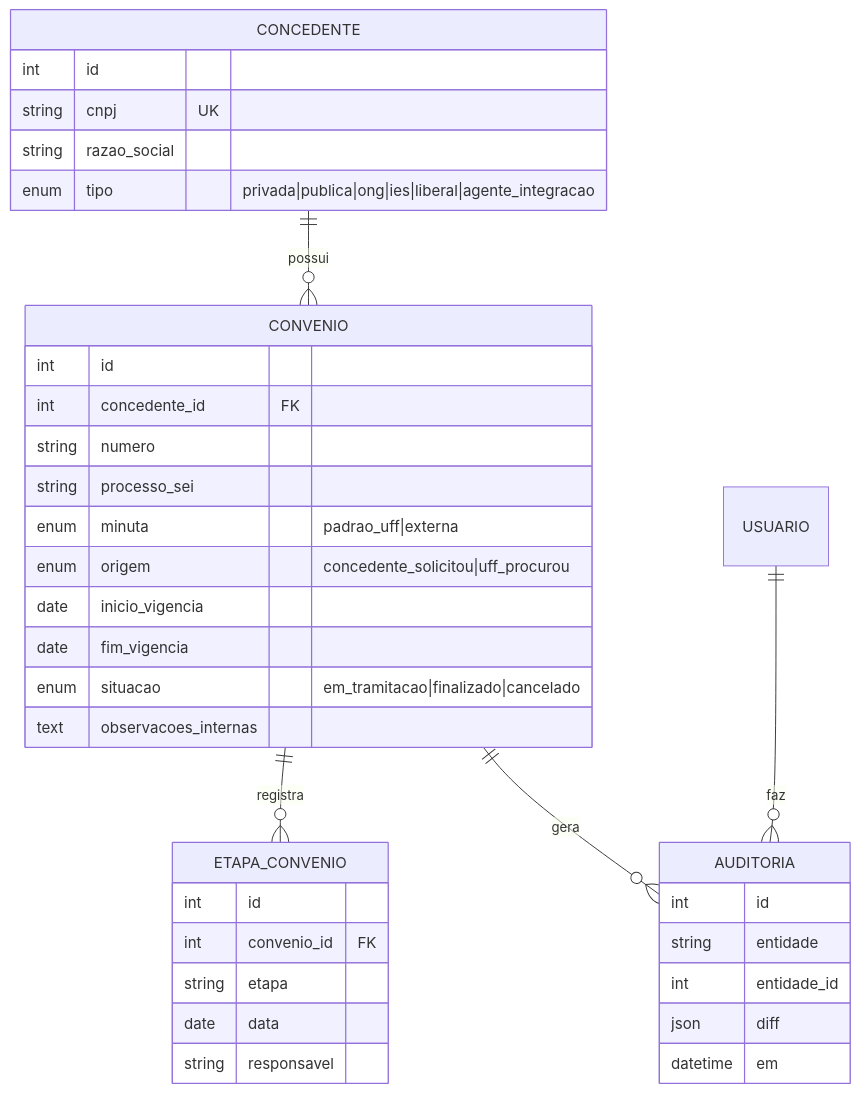
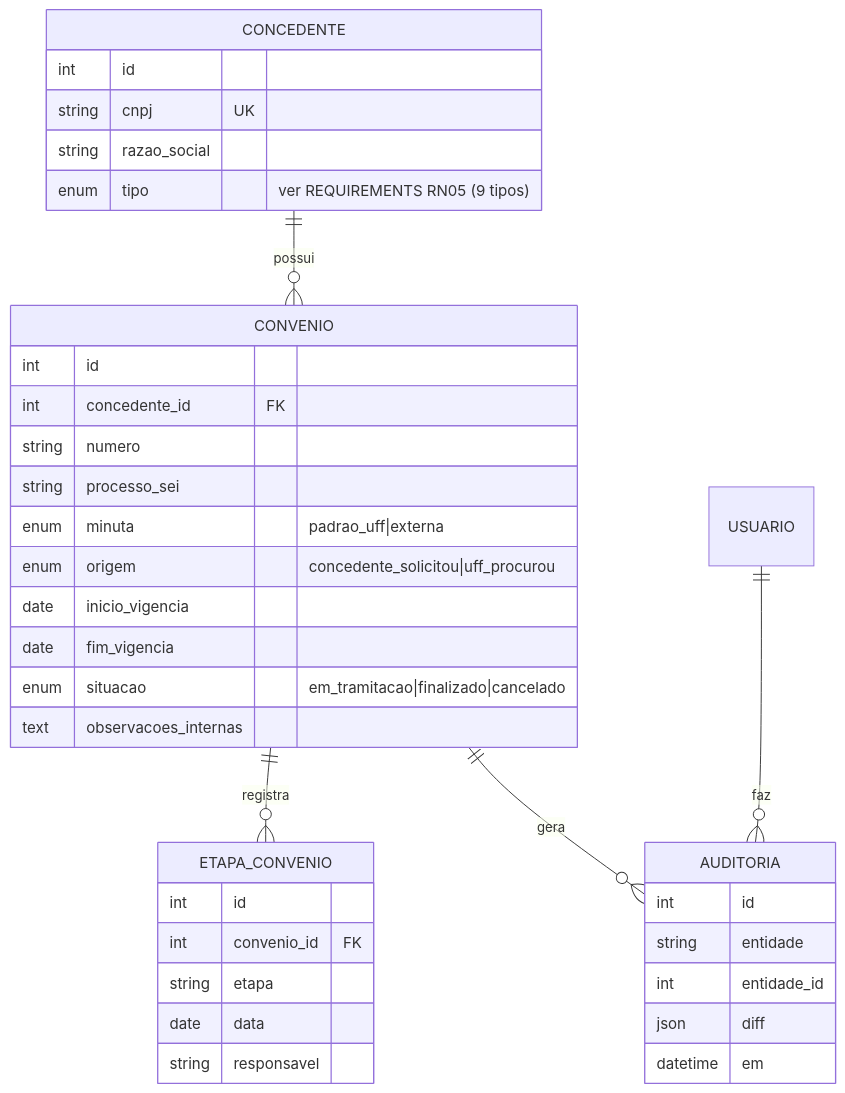
The third of 3 diagrams in ARCHITECTURE.md (estudio-max/estagio-da-uff), drawn with Mermaid before and after one commit. The commit also changed other lines of this file and 25 other files, not shown here.

````diff
--- a/ARCHITECTURE.md
+++ b/ARCHITECTURE.md
@@ -41,39 +43,39 @@
 ```mermaid
 erDiagram
   CONCEDENTE ||--o{ CONVENIO : possui
   CONVENIO ||--o{ ETAPA_CONVENIO : registra
   CONVENIO ||--o{ AUDITORIA : gera
   USUARIO ||--o{ AUDITORIA : faz
   CONCEDENTE {
     int id
     string cnpj UK
     string razao_social
-    enum tipo "privada|publica|ong|ies|liberal|agente_integracao"
+    enum tipo "ver REQUIREMENTS RN05 (9 tipos)"
   }
   CONVENIO {
     int id
     int concedente_id FK
     string numero
     string processo_sei
     enum minuta "padrao_uff|externa"
     enum origem "concedente_solicitou|uff_procurou"
     date inicio_vigencia
     date fim_vigencia
     enum situacao "em_tramitacao|finalizado|cancelado"
     text observacoes_internas
   }
   ETAPA_CONVENIO {
     int id
     int convenio_id FK
     string etapa
     date data
     string responsavel
   }
   AUDITORIA {
     int id
     string entidade
     int entidade_id
     json diff
     datetime em
   }
 ```
````
